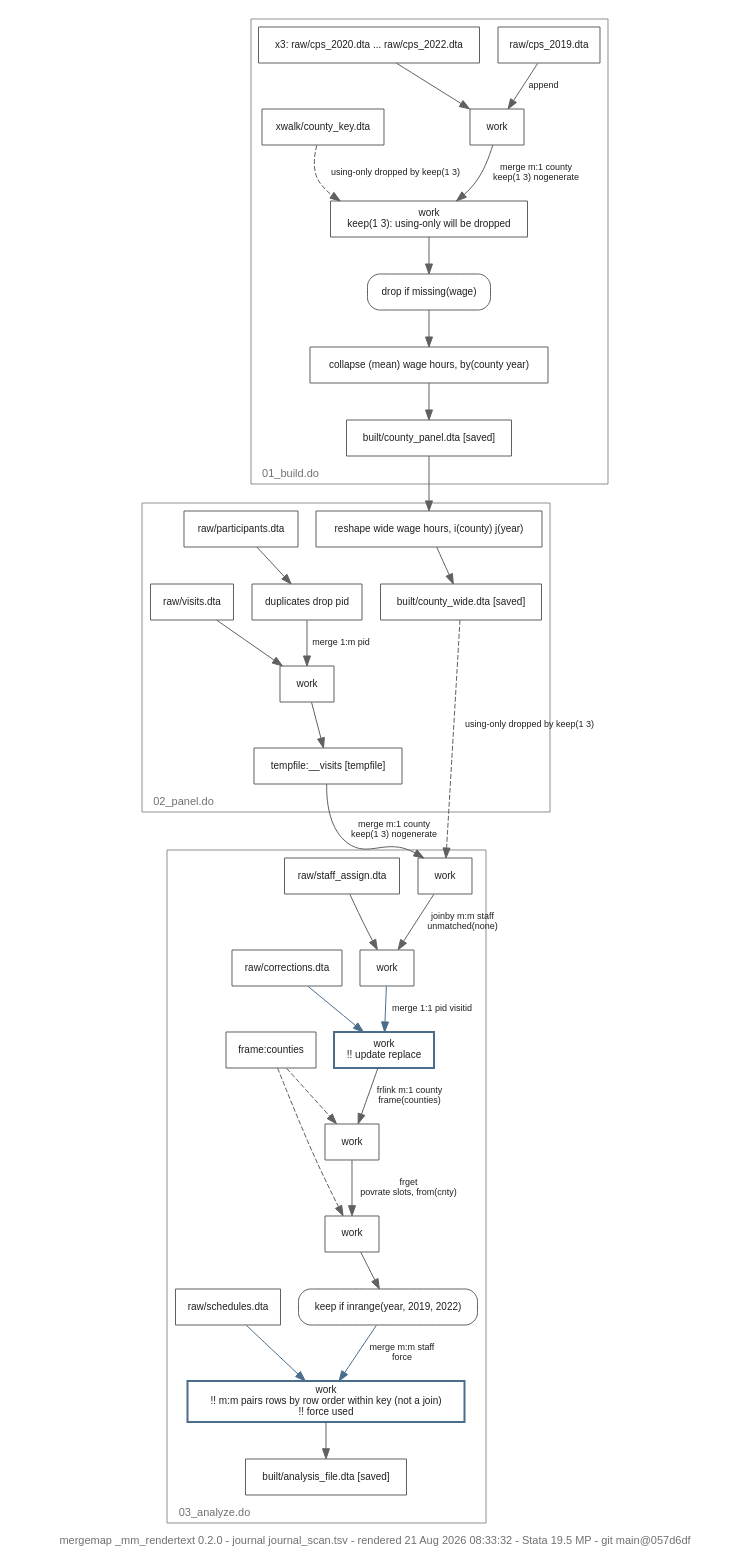
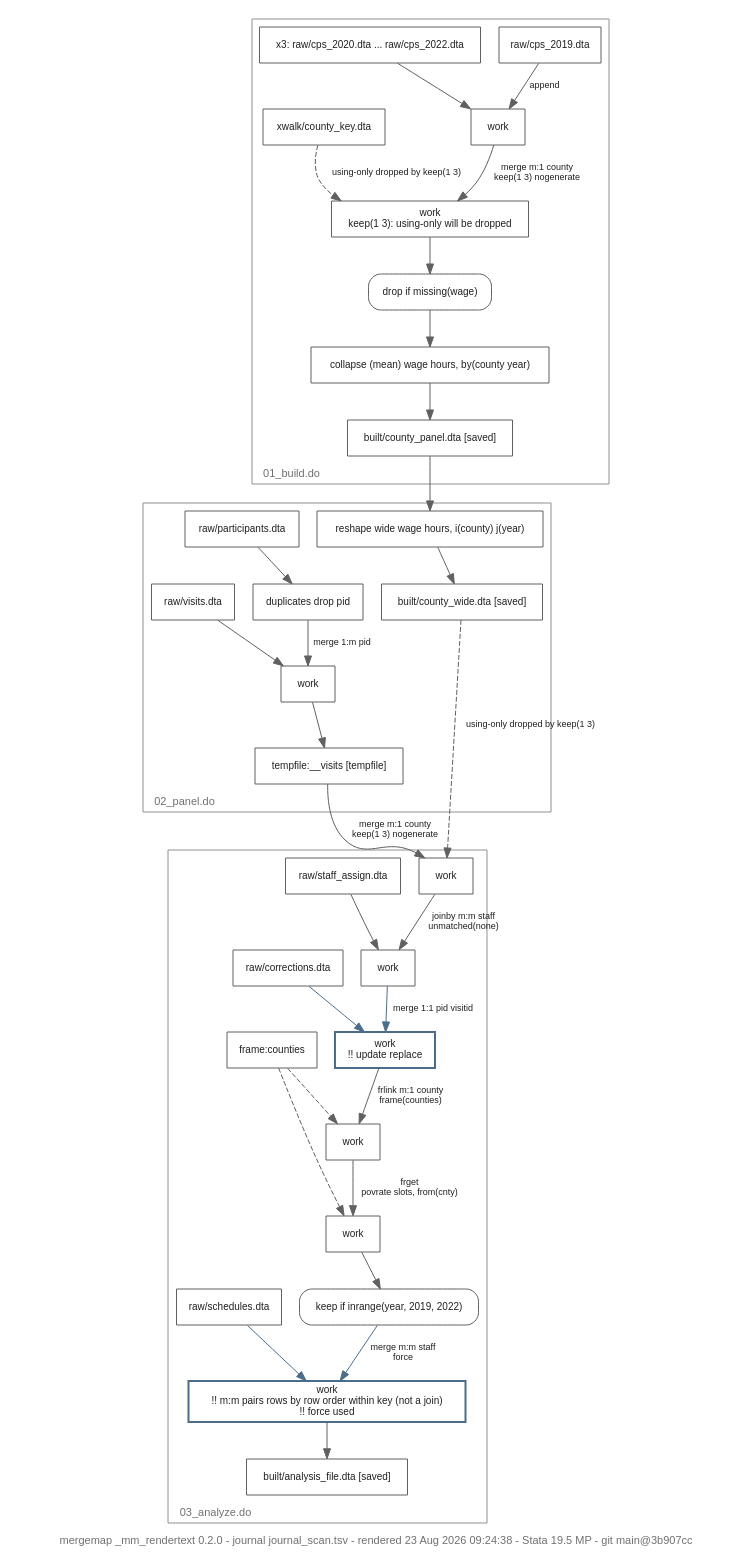
One commit to ericabooth/mergemap-stata-public changed the diagram in gallery/text_scan_tb.dot. Above: the diagram before and after it, drawn with Graphviz. The commit also changed 53 other files, not shown here.

```diff
--- a/gallery/text_scan_tb.dot
+++ b/gallery/text_scan_tb.dot
@@ -1,74 +1,74 @@
-// mergemap _mm_rendertext 0.2.0 - journal journal_scan.tsv - rendered 21 Aug 2026 08:33:32 - Stata 19.5 MP - git main@057d6df
+// mergemap _mm_rendertext 0.2.0 - journal journal_scan.tsv - rendered 23 Aug 2026 09:24:38 - Stata 19.5 MP - git main@3b907cc
 // mergemap data-flow map of journal_scan.tsv
 digraph mergemap {
   rankdir=TB;
-  graph [fontname="Helvetica", fontsize=11, labeljust="l", labelloc="b", fontcolor="#707070", label="mergemap _mm_rendertext 0.2.0 - journal journal_scan.tsv - rendered 21 Aug 2026 08:33:32 - Stata 19.5 MP - git main@057d6df"];
+  graph [fontname="Helvetica", fontsize=11, labeljust="l", labelloc="b", fontcolor="#707070", label="mergemap _mm_rendertext 0.2.0 - journal journal_scan.tsv - rendered 23 Aug 2026 09:24:38 - Stata 19.5 MP - git main@3b907cc"];
   node  [shape=box, fontname="Helvetica", fontsize=10, color="#606060", fontcolor="#202020"];
   edge  [fontname="Helvetica", fontsize=9, color="#606060", fontcolor="#202020"];
   subgraph cluster_1 {
     label="01_build.do";
     color="#909090";
     d6 [label="raw/cps_2019.dta"];
     d7 [label="x3: raw/cps_2020.dta ... raw/cps_2022.dta"];
     s2 [label="work"];
     d13 [label="xwalk/county_key.dta"];
     s3 [label="work\nkeep(1 3): using-only will be dropped"];
     s4 [label="drop if missing(wage)", style=rounded];
     s5 [label="collapse (mean) wage hours, by(county year)"];
     d2 [label="built/county_panel.dta [saved]"];
   }
   subgraph cluster_2 {
     label="02_panel.do";
     color="#909090";
     d8 [label="raw/participants.dta"];
     s8 [label="duplicates drop pid"];
     d11 [label="raw/visits.dta"];
     s9 [label="work"];
     d12 [label="tempfile:__visits [tempfile]"];
     s12 [label="reshape wide wage hours, i(county) j(year)"];
     d3 [label="built/county_wide.dta [saved]"];
   }
   subgraph cluster_3 {
     label="03_analyze.do";
     color="#909090";
     s15 [label="work"];
     d10 [label="raw/staff_assign.dta"];
     s16 [label="work"];
     d5 [label="raw/corrections.dta"];
     s17 [label="work\n!! update replace", color="#4a6d8c", penwidth=2];
     d4 [label="frame:counties"];
     s18 [label="work"];
     s19 [label="work"];
     s20 [label="keep if inrange(year, 2019, 2022)", style=rounded];
     d9 [label="raw/schedules.dta"];
     s21 [label="work\n!! m:m pairs rows by row order within key (not a join)\n!! force used", color="#4a6d8c", penwidth=2];
     d1 [label="built/analysis_file.dta [saved]"];
   }
   d6 -> s2 [label="append"];
   d7 -> s2;
   s2 -> s3 [label="merge m:1 county\nkeep(1 3) nogenerate"];
   d13 -> s3 [label="using-only dropped by keep(1 3)", style=dashed];
   s3 -> s4;
   s4 -> s5;
   s5 -> d2;
   d8 -> s8;
   s8 -> s9 [label="merge 1:m pid"];
   d11 -> s9;
   s9 -> d12;
   d2 -> s12;
   s12 -> d3;
   d12 -> s15 [label="merge m:1 county\nkeep(1 3) nogenerate"];
   d3 -> s15 [label="using-only dropped by keep(1 3)", style=dashed];
   s15 -> s16 [label="joinby m:m staff\nunmatched(none)"];
   d10 -> s16;
   s16 -> s17 [label="merge 1:1 pid visitid", color="#4a6d8c"];
   d5 -> s17 [color="#4a6d8c"];
   s17 -> s18 [label="frlink m:1 county\nframe(counties)"];
   d4 -> s18 [style=dashed];
   s18 -> s19 [label="frget\npovrate slots, from(cnty)"];
   d4 -> s19 [style=dashed];
   s19 -> s20;
   s20 -> s21 [label="merge m:m staff\nforce", color="#4a6d8c"];
   d9 -> s21 [color="#4a6d8c"];
   s21 -> d1;
 }
```
